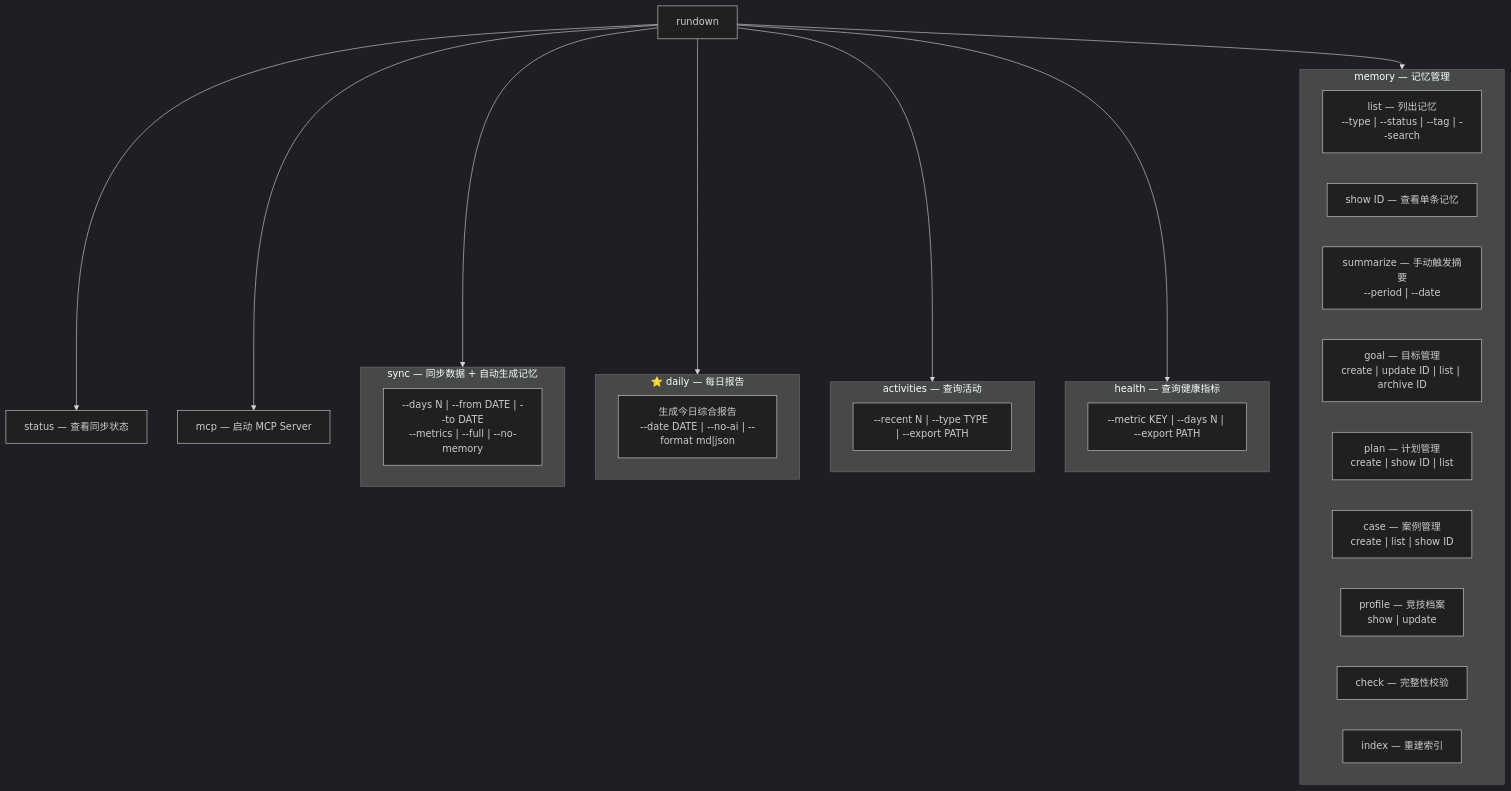
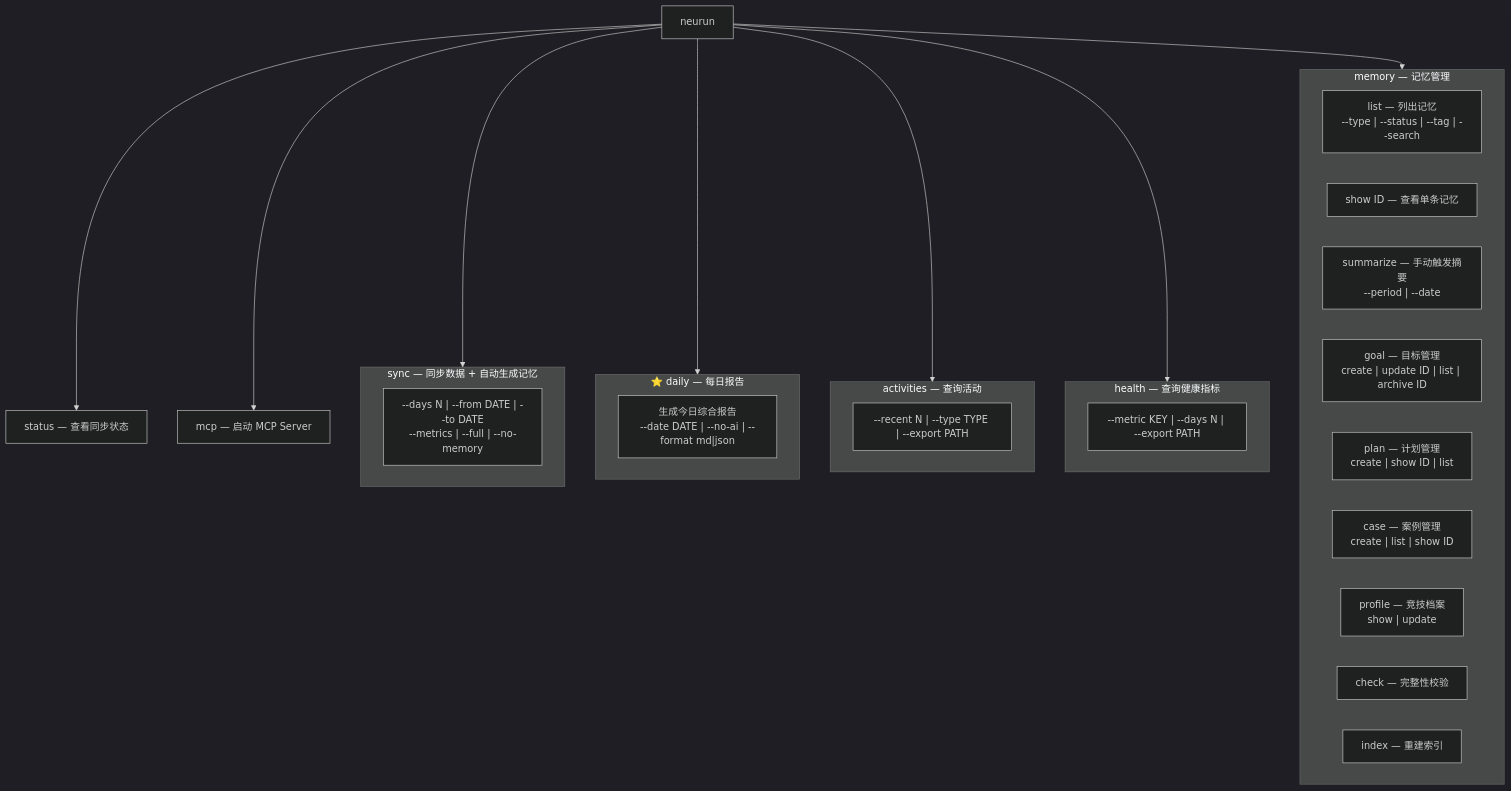
The sixth of 6 diagrams in docs/design/memory-system.md (qd1993102/rundown), drawn with Mermaid (dark theme) before and after one commit. The commit also changed other lines of this file and 65 other files, not shown here.

````diff
--- a/docs/design/memory-system.md
+++ b/docs/design/memory-system.md
@@ -1307,40 +1307,40 @@
 ```mermaid
 graph TD
-    GF["rundown"]
+    GF["neurun"]
 
     subgraph SYNC["sync — 同步数据 + 自动生成记忆"]
         S_ARGS["--days N | --from DATE | --to DATE<br/>--metrics | --full | --no-memory"]
     end
 
     subgraph DAILY_CMD["⭐ daily — 每日报告"]
         D_ARGS["生成今日综合报告<br/>--date DATE | --no-ai | --format md|json"]
     end
 
     subgraph ACT["activities — 查询活动"]
         A_ARGS["--recent N | --type TYPE | --export PATH"]
     end
 
     subgraph HEALTH["health — 查询健康指标"]
         H_ARGS["--metric KEY | --days N | --export PATH"]
     end
 
     subgraph MEM["memory — 记忆管理"]
         M_LIST["list — 列出记忆<br/>--type | --status | --tag | --search"]
         M_SHOW["show ID — 查看单条记忆"]
         M_SUMMARIZE["summarize — 手动触发摘要<br/>--period | --date"]
         M_GOAL["goal — 目标管理<br/>create | update ID | list | archive ID"]
         M_PLAN["plan — 计划管理<br/>create | show ID | list"]
         M_CASE["case — 案例管理<br/>create | list | show ID"]
         M_PROFILE["profile — 竞技档案<br/>show | update"]
         M_CHECK["check — 完整性校验"]
         M_INDEX["index — 重建索引"]
     end
 
     GF --> SYNC
     GF --> DAILY_CMD
     GF --> ACT
     GF --> HEALTH
     GF --> MEM
     GF --> STATUS["status — 查看同步状态"]
     GF --> MCP_CMD["mcp — 启动 MCP Server"]
 ```
````
